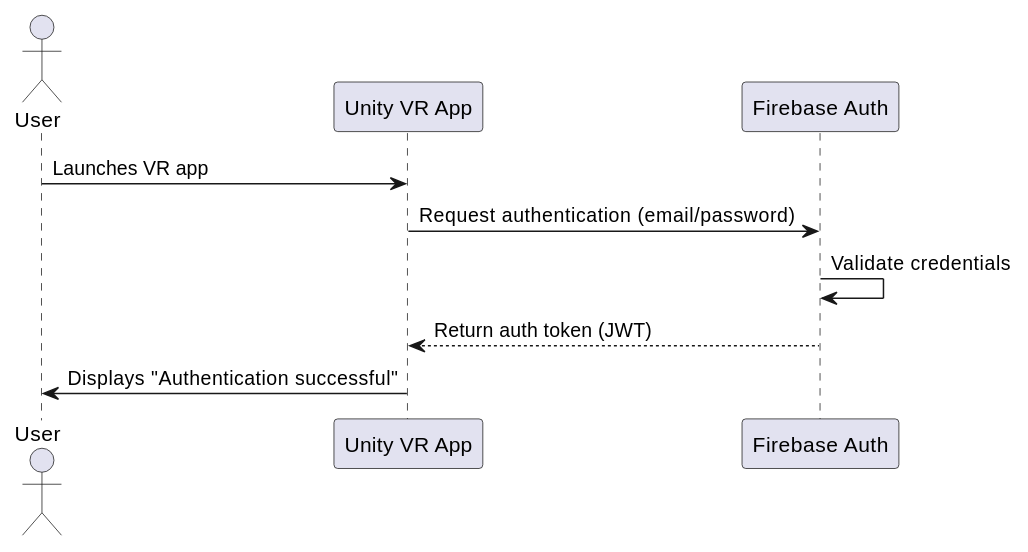
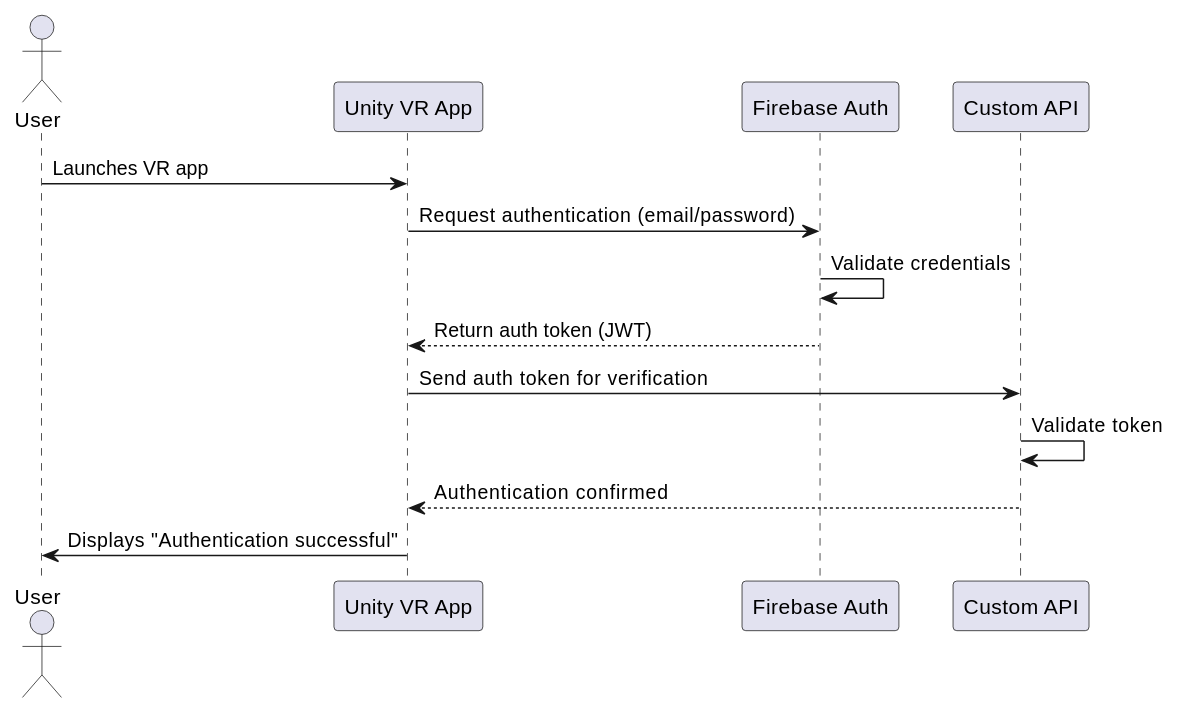
The first of 3 diagrams in portfolio-project/Technical_documentation.md (Sweetyamnesia/BrainBoostVR), drawn with PlantUML before and after one commit. The commit also changed other lines of this file, not shown here.

Commit message:
modification of sequence diagrams

````diff
--- a/portfolio-project/Technical_documentation.md
+++ b/portfolio-project/Technical_documentation.md
@@ -119,13 +120,17 @@
 ```plantuml
 @startuml
 actor User
 participant "Unity VR App" as Unity
 participant "Firebase Auth" as Firebase
+participant "Custom API" as API
 
 User -> Unity: Launches VR app
 Unity -> Firebase: Request authentication (email/password)
 Firebase -> Firebase: Validate credentials
 Firebase --> Unity: Return auth token (JWT)
+Unity -> API: Send auth token for verification
+API -> API: Validate token
+API --> Unity: Authentication confirmed
 Unity -> User: Displays "Authentication successful"
 @enduml
 ```
````
